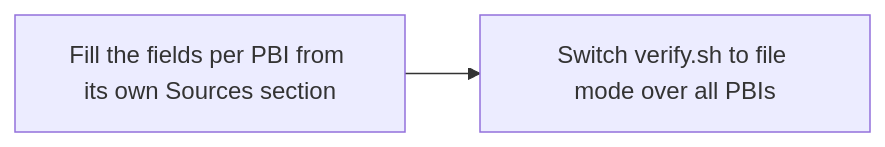
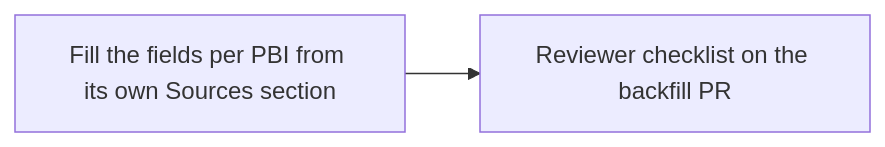
The second of 2 diagrams in docs/pbi/docs/TPL02-template-backfill.md (svennijhuis/agentic-workflows), drawn with Mermaid before and after one commit. The commit also changed other lines of this file and 986 other files, not shown here.

````diff
--- a/docs/pbi/docs/TPL02-template-backfill.md
+++ b/docs/pbi/docs/TPL02-template-backfill.md
@@ -52,6 +51,6 @@
 ```mermaid
 flowchart LR
   S1[Fill the fields per PBI from its own Sources section]
-  S2[Switch verify.sh to file mode over all PBIs]
+  S2[Reviewer checklist on the backfill PR]
   S1 --> S2
 ```
````
